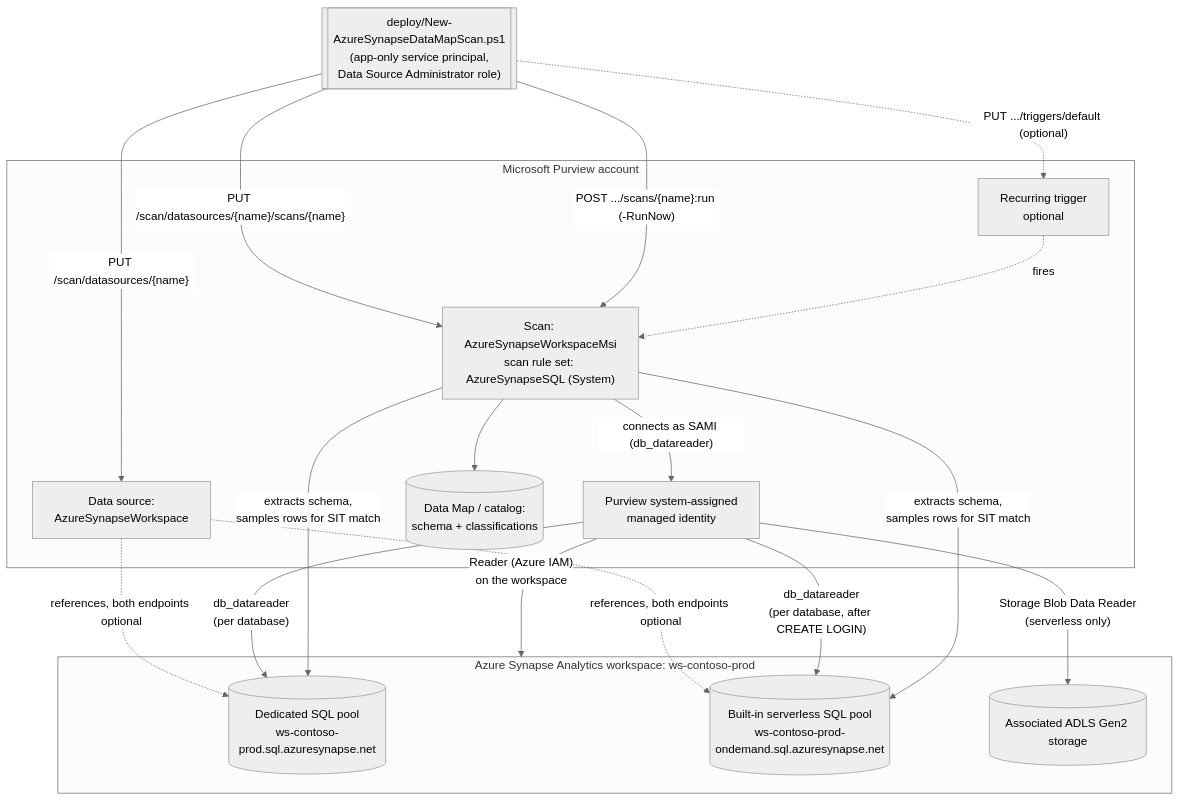
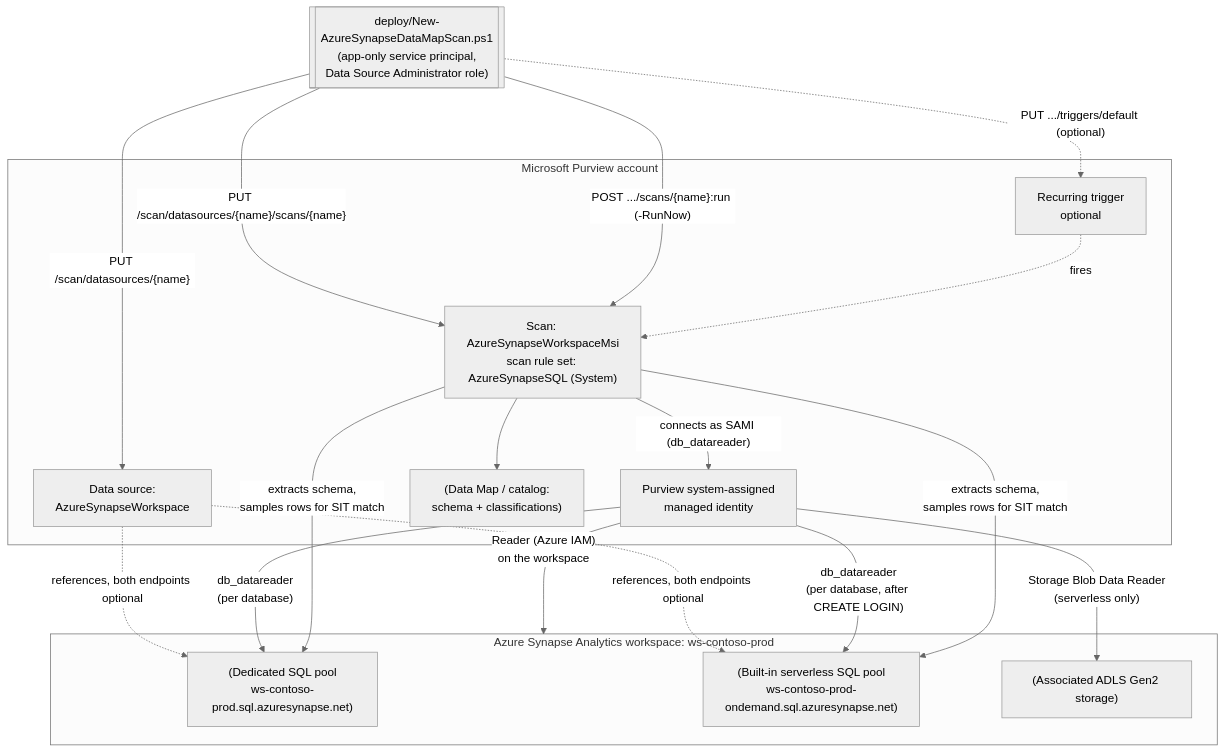
The diagram in src/content/scenarios/data-map/scan-azure-synapse-and-classify.md (kpsec1/kpsec1.github.io), drawn with Mermaid (neutral theme) before and after one commit. The commit also changed 80 other files, not shown here.

First line of the commit message:
Fix Mermaid diagram rendering across all scenarios

````diff
--- a/src/content/scenarios/data-map/scan-azure-synapse-and-classify.md
+++ b/src/content/scenarios/data-map/scan-azure-synapse-and-classify.md
@@ -90,35 +90,35 @@
 ```mermaid
 flowchart TD
     subgraph SynapseWS["Azure Synapse Analytics workspace: ws-contoso-prod"]
-        Dedicated[(Dedicated SQL pool<br/>ws-contoso-prod.sql.azuresynapse.net)]
-        Serverless[(Built-in serverless SQL pool<br/>ws-contoso-prod-ondemand.sql.azuresynapse.net)]
-        Storage[(Associated ADLS Gen2 storage)]
+        Dedicated["(Dedicated SQL pool<br/>ws-contoso-prod.sql.azuresynapse.net)"]
+        Serverless["(Built-in serverless SQL pool<br/>ws-contoso-prod-ondemand.sql.azuresynapse.net)"]
+        Storage["(Associated ADLS Gen2 storage)"]
     end
 
     subgraph Purview["Microsoft Purview account"]
         SAMI[Purview system-assigned<br/>managed identity]
         DS[Data source:<br/>AzureSynapseWorkspace]
         Scan["Scan: AzureSynapseWorkspaceMsi<br/>scan rule set: AzureSynapseSQL (System)"]
         Trigger[Recurring trigger<br/>optional]
-        DataMap[(Data Map / catalog:<br/>schema + classifications)]
+        DataMap["(Data Map / catalog:<br/>schema + classifications)"]
     end
 
     Deployer[["deploy/New-AzureSynapseDataMapScan.ps1<br/>(app-only service principal,<br/>Data Source Administrator role)"]]
 
     Deployer -- "PUT /scan/datasources/{name}" --> DS
     Deployer -- "PUT /scan/datasources/{name}/scans/{name}" --> Scan
     Deployer -. "PUT .../triggers/default (optional)" .-> Trigger
     Deployer -- "POST .../scans/{name}:run (-RunNow)" --> Scan
 
     DS -.->|references, both endpoints optional| Dedicated
     DS -.->|references, both endpoints optional| Serverless
     Scan -- "connects as SAMI (db_datareader)" --> SAMI
     SAMI -- "Reader (Azure IAM)<br/>on the workspace" --> SynapseWS
     SAMI -- "Storage Blob Data Reader<br/>(serverless only)" --> Storage
     SAMI -- "db_datareader<br/>(per database)" --> Dedicated
     SAMI -- "db_datareader<br/>(per database, after CREATE LOGIN)" --> Serverless
     Scan -- "extracts schema,<br/>samples rows for SIT match" --> Dedicated
     Scan -- "extracts schema,<br/>samples rows for SIT match" --> Serverless
     Scan --> DataMap
     Trigger -.->|fires| Scan
 ```
````
